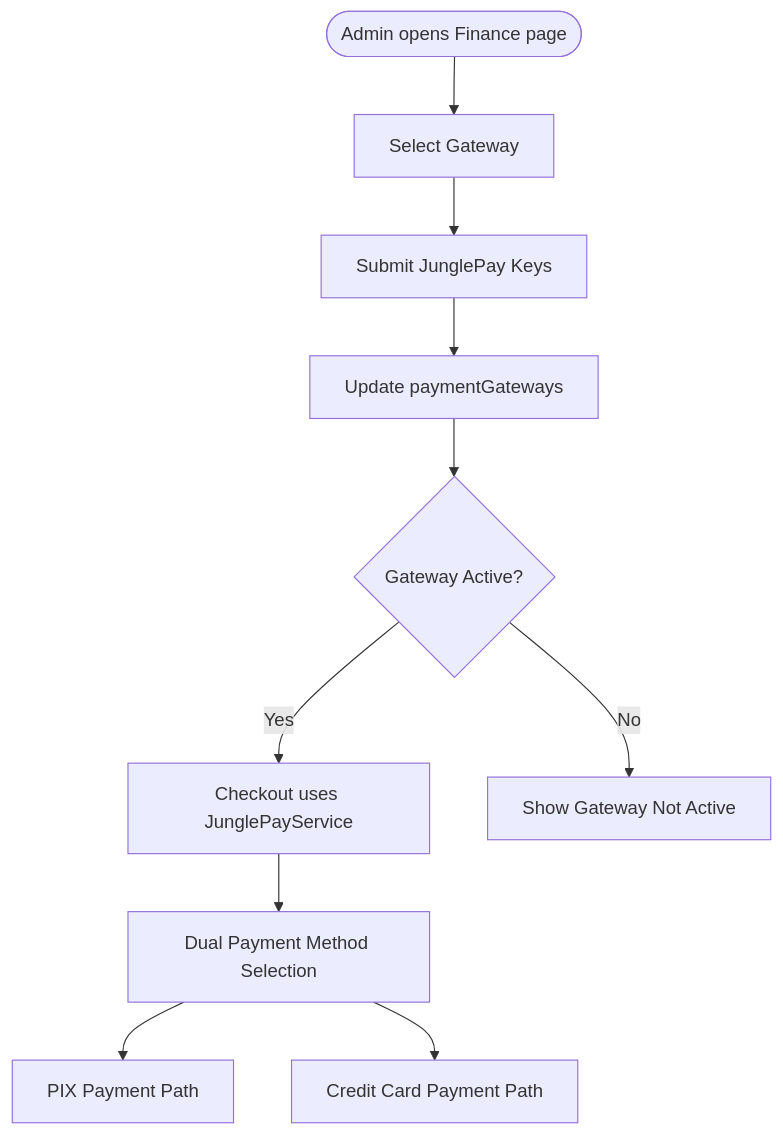
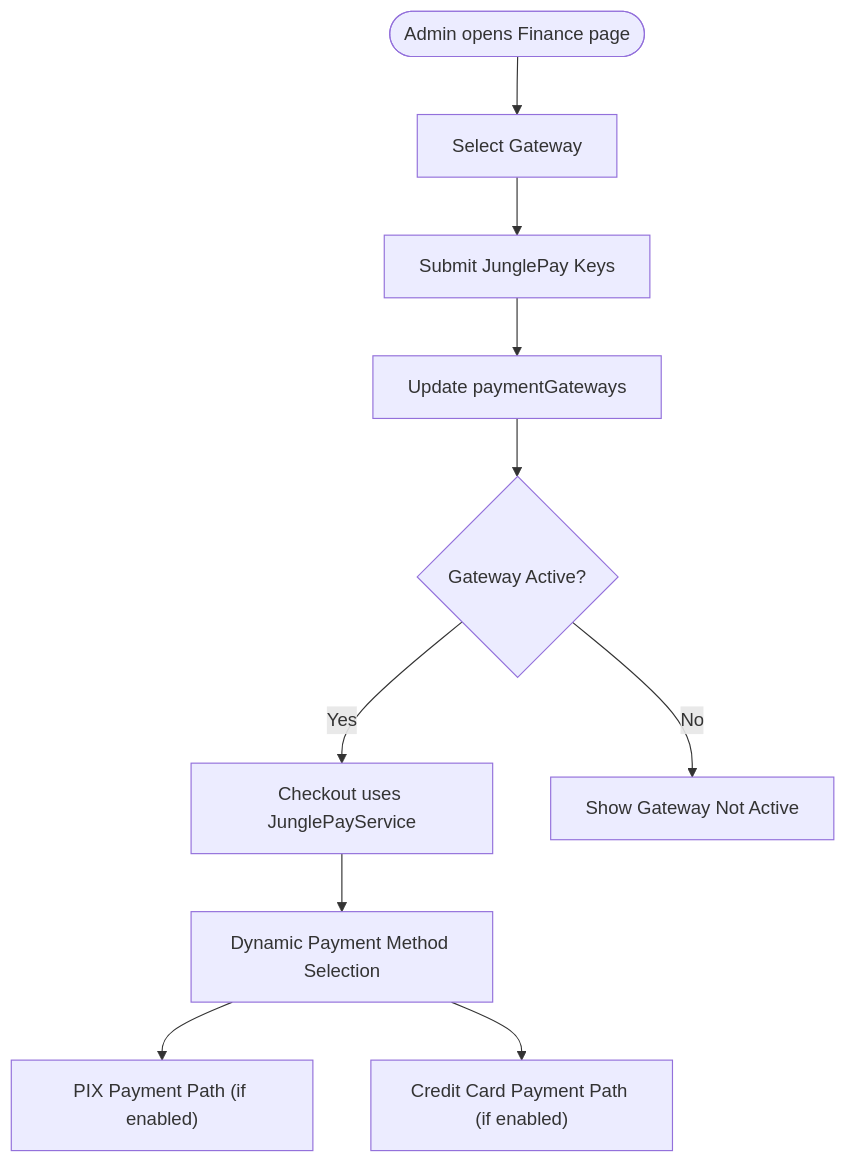
One commit to eromedrive2tb-gif/Avitrine changed the fourth of 6 diagrams in .qoder/repowiki/en/content/Payment Processing System/JunglePay Gateway Integration.md. Above: the diagram before and after it, drawn with Mermaid. The commit also changed other lines of this file and 18 other files, not shown here.

````diff
--- a/.qoder/repowiki/en/content/Payment Processing System/JunglePay Gateway Integration.md
+++ b/.qoder/repowiki/en/content/Payment Processing System/JunglePay Gateway Integration.md
@@ -336,12 +364,12 @@
 ```mermaid
 flowchart TD
 Start(["Admin opens Finance page"]) --> Select["Select Gateway"]
 Select --> SubmitKeys["Submit JunglePay Keys"]
 SubmitKeys --> UpdateDB["Update paymentGateways"]
 UpdateDB --> Active{"Gateway Active?"}
 Active --> |Yes| Checkout["Checkout uses JunglePayService"]
 Active --> |No| Inactive["Show Gateway Not Active"]
-Checkout --> MethodSelection["Dual Payment Method Selection"]
-MethodSelection --> PIX["PIX Payment Path"]
-MethodSelection --> Card["Credit Card Payment Path"]
+Checkout --> MethodSelection["Dynamic Payment Method Selection"]
+MethodSelection --> PIX["PIX Payment Path (if enabled)"]
+MethodSelection --> Card["Credit Card Payment Path (if enabled)"]
 ```
````
